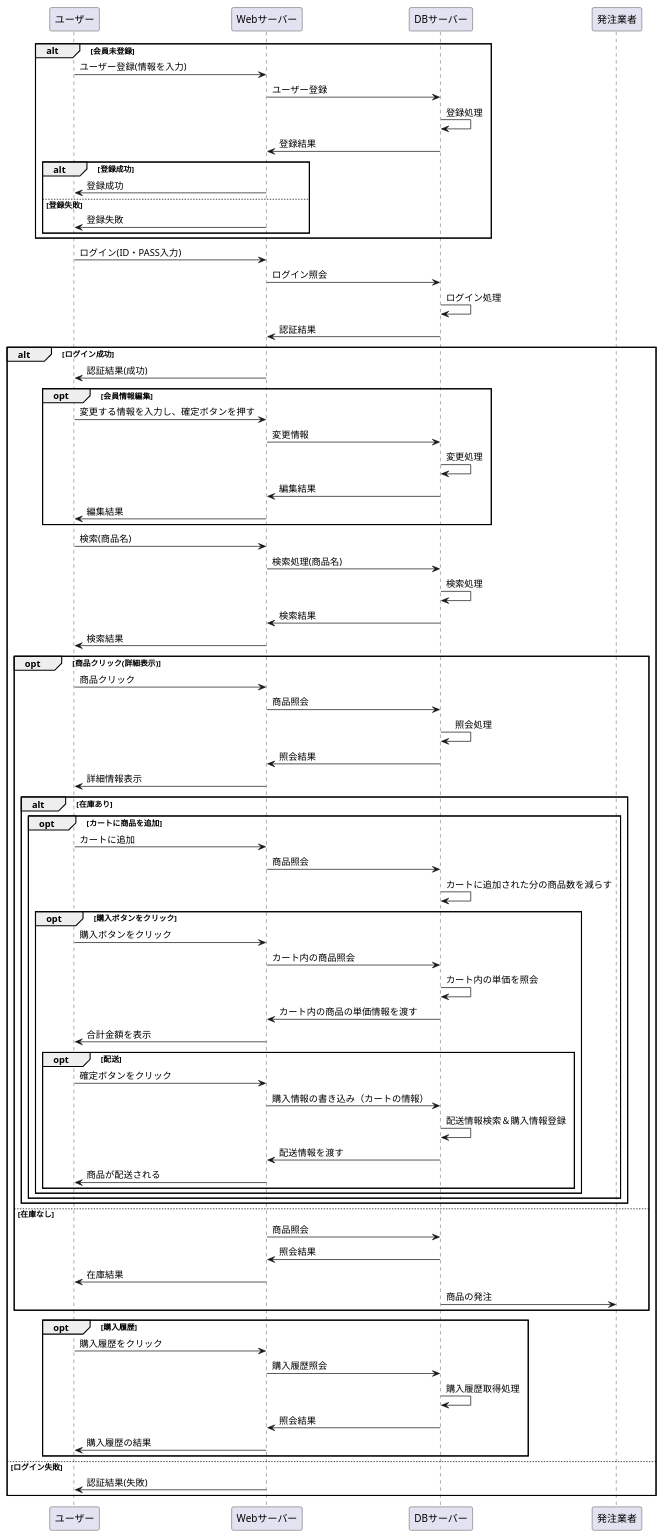
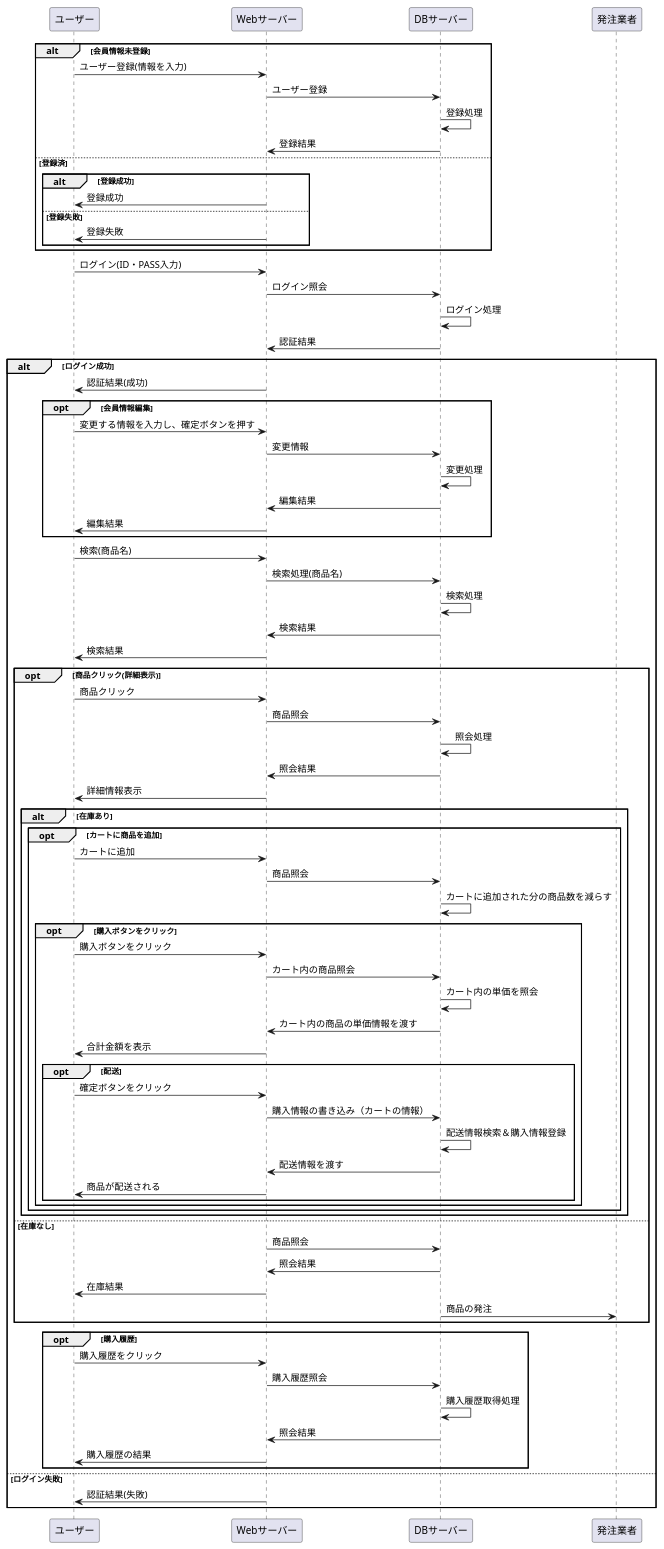
The diagram in 設計書/02_業務フロー/business-flow-test.md (Aso2001227/Aso-Sports-1), drawn with PlantUML before and after one commit.

````diff
--- a/設計書/02_業務フロー/business-flow-test.md
+++ b/設計書/02_業務フロー/business-flow-test.md
@@ -1,11 +1,11 @@
 ```uml
 @startuml
-alt 会員未登録
+alt 会員情報未登録
 ユーザー -> Webサーバー : ユーザー登録(情報を入力)
 Webサーバー -> DBサーバー : ユーザー登録
 DBサーバー -> DBサーバー : 登録処理
 DBサーバー -> Webサーバー : 登録結果
-
+else 登録済
 
 
 
````
